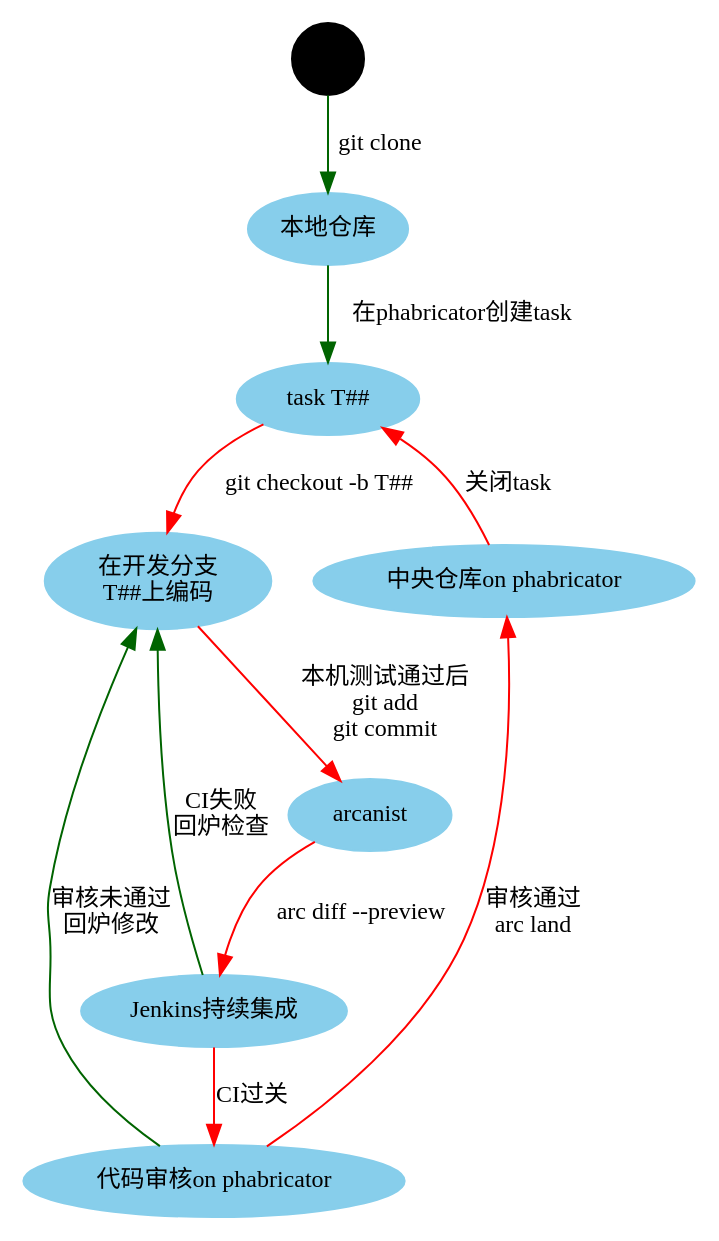
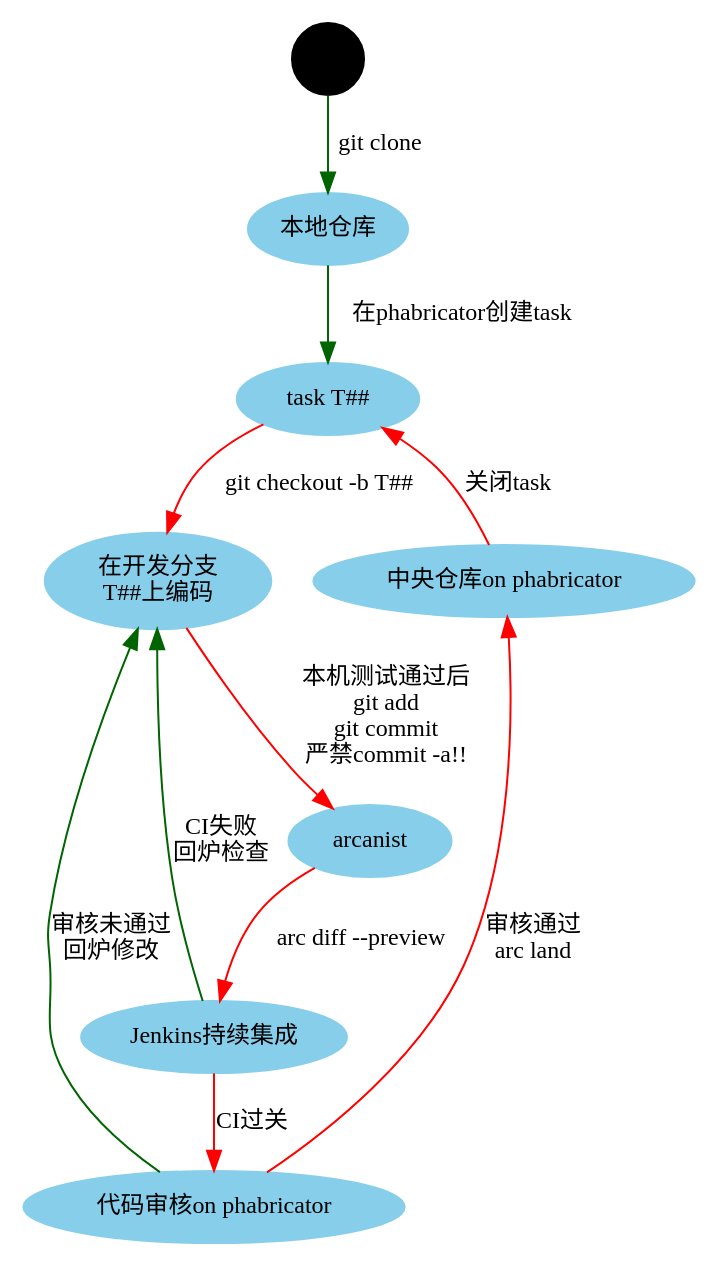
Before and after one commit to subaochen/blog: the diagram in imgs/project-management/devel-workflow.dot, drawn with Graphviz.

Commit message:
add oneline comment

```diff
--- a/imgs/project-management/devel-workflow.dot
+++ b/imgs/project-management/devel-workflow.dot
@@ -1,28 +1,28 @@
 digraph G {
     //rankdir=LR;
     node[fontsize=12,style="filled",color="skyblue"];
     edge[fontsize=12,color="darkgreen"];
     begin[shape="circle", color="black", style="filled", label="",fixedsize="true"];
     local_repo[label="本地仓库"];
     task[label="task T##"];
     devel_branch[label="在开发分支\nT##上编码"];
     remote_repo[label="中央仓库on phabricator"];
     arcanist[label="arcanist"];
     phabricator[label="代码审核on phabricator"];
     jenkins[label="Jenkins持续集成"];
 
     begin->local_repo[label="git clone"];
     local_repo->task[label="在phabricator创建task"];
     task->devel_branch[label="git checkout -b T##",color="red"];
-    devel_branch->arcanist[label="本机测试通过后\ngit add\ngit commit",color="red"];
+    devel_branch->arcanist[label="本机测试通过后\ngit add\ngit commit\n严禁commit -a!!",color="red"];
     arcanist->jenkins[label="arc diff --preview",color="red"];
     jenkins->phabricator[label="CI过关",color="red"];
     jenkins->devel_branch[label="CI失败\n回炉检查"];
     phabricator->devel_branch[label="审核未通过\n回炉修改"];
     phabricator->remote_repo[label="审核通过\narc land",color="red"];
     remote_repo->task[label="关闭task",color="red"];
 
     //task->devel_branch[label="task id:T#",style="dashed",color="green"];
     {rank=same;devel_branch,remote_repo}
 
 }
```
